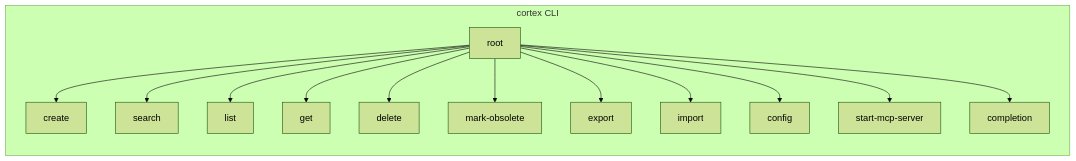
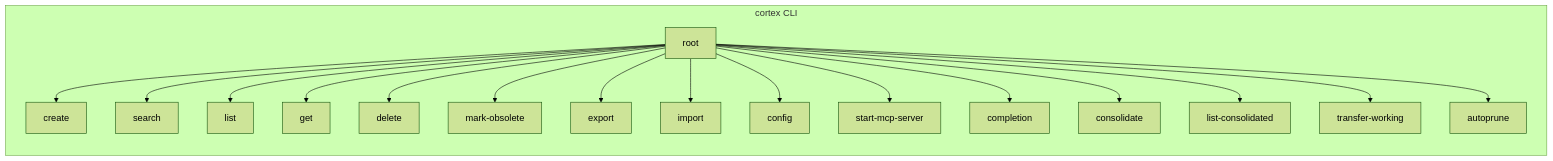
Before and after one commit to fmatsos/cortex: the second of 17 diagrams in docs/ARCHITECTURE.md, drawn with Mermaid (forest theme). The commit also changed other lines of this file and 22 other files, not shown here.

````diff
--- a/docs/ARCHITECTURE.md
+++ b/docs/ARCHITECTURE.md
@@ -87,17 +87,21 @@
 ```mermaid
 graph LR
     subgraph "cortex CLI"
         Root["root"]
         Root --> Create["create"]
         Root --> Search["search"]
         Root --> List["list"]
         Root --> Get["get"]
         Root --> Delete["delete"]
         Root --> MarkObs["mark-obsolete"]
         Root --> Export["export"]
         Root --> Import["import"]
         Root --> Config["config"]
         Root --> MCP["start-mcp-server"]
         Root --> Completion["completion"]
+        Root --> Consolidate["consolidate"]
+        Root --> ListConsolidated["list-consolidated"]
+        Root --> TransferWorking["transfer-working"]
+        Root --> Autoprune["autoprune"]
     end
 ```
````
